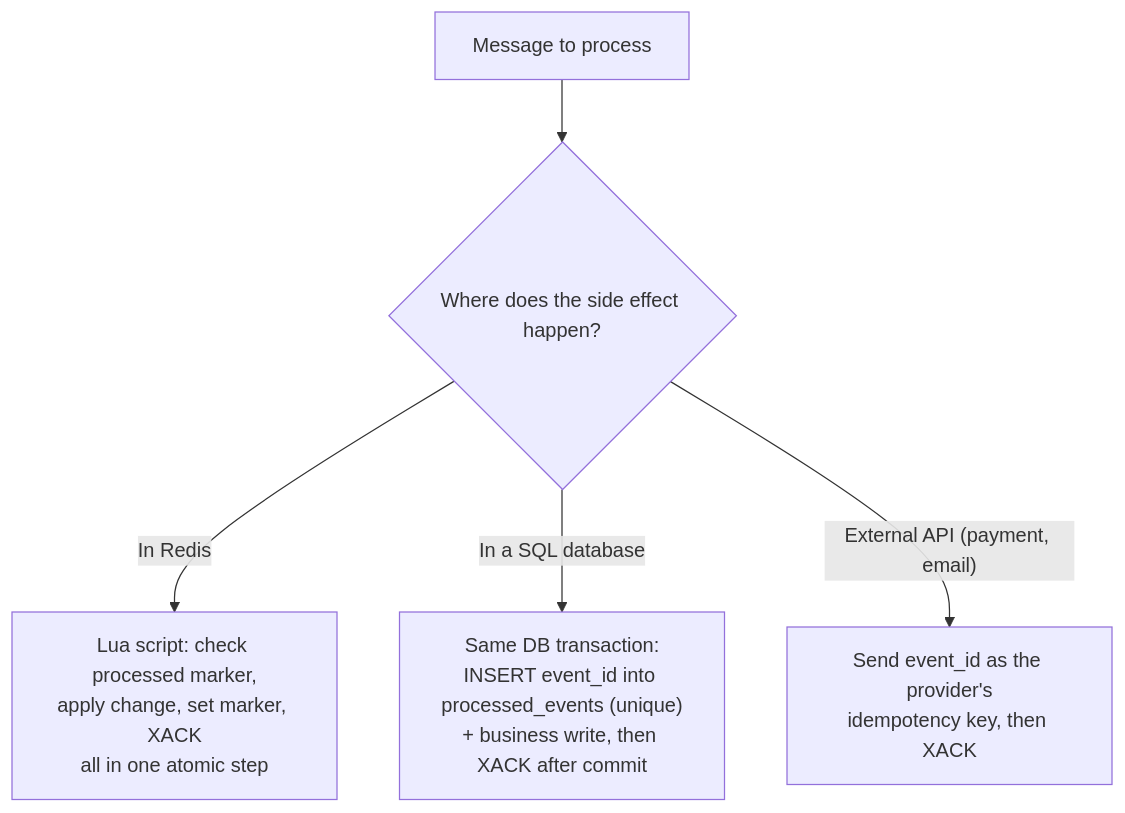
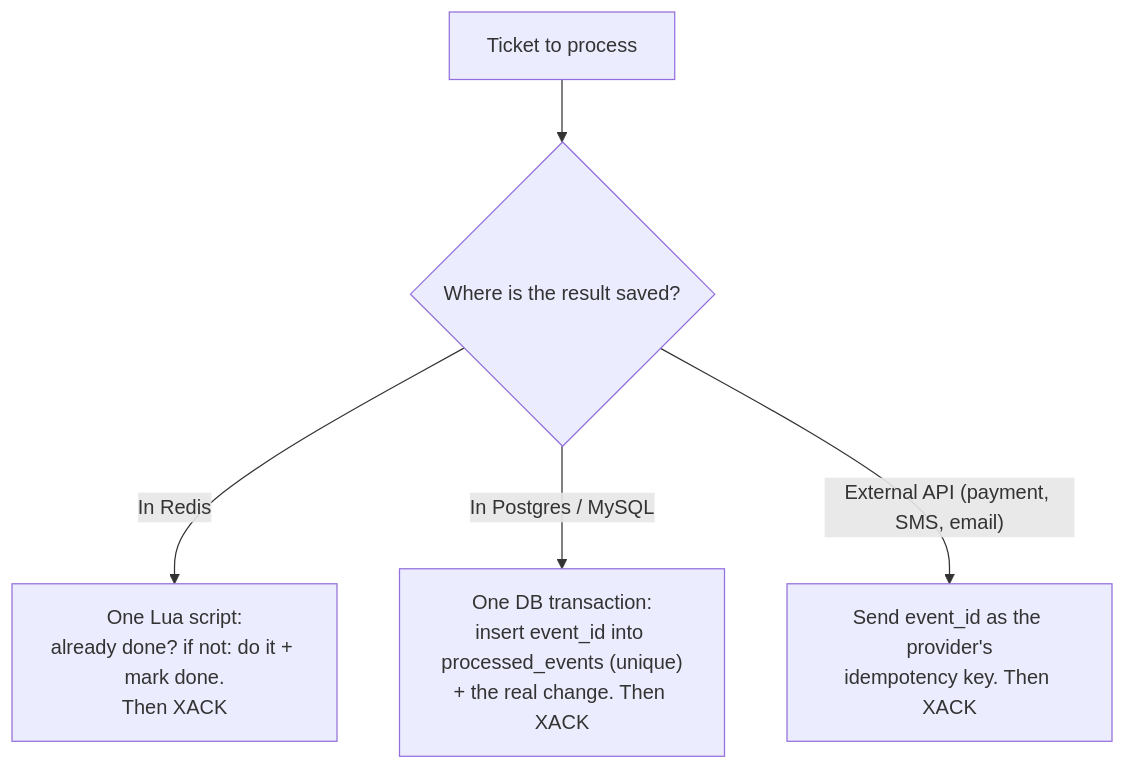
Diagram 18 of 30 in redis.md (selvakumarperumal/Regulatory_Circular_Impact_Agent), drawn with Mermaid before and after one commit. The commit also changed other lines of this file, not shown here.

````diff
--- a/redis.md
+++ b/redis.md
@@ -1180,7 +1736,7 @@
 ```mermaid
 flowchart TD
-    M["Message to process"] --> W{"Where does the side effect happen?"}
-    W -- "In Redis" --> L["Lua script: check processed marker,<br/>apply change, set marker, XACK<br/>all in one atomic step"]
-    W -- "In a SQL database" --> D["Same DB transaction:<br/>INSERT event_id into processed_events (unique)<br/>+ business write, then XACK after commit"]
-    W -- "External API (payment, email)" --> X["Send event_id as the provider's<br/>idempotency key, then XACK"]
+    M["Ticket to process"] --> W{"Where is the result saved?"}
+    W -- "In Redis" --> L["One Lua script:<br/>already done? if not: do it + mark done.<br/>Then XACK"]
+    W -- "In Postgres / MySQL" --> D["One DB transaction:<br/>insert event_id into processed_events (unique)<br/>+ the real change. Then XACK"]
+    W -- "External API (payment, SMS, email)" --> X["Send event_id as the provider's<br/>idempotency key. Then XACK"]
 ```
````
